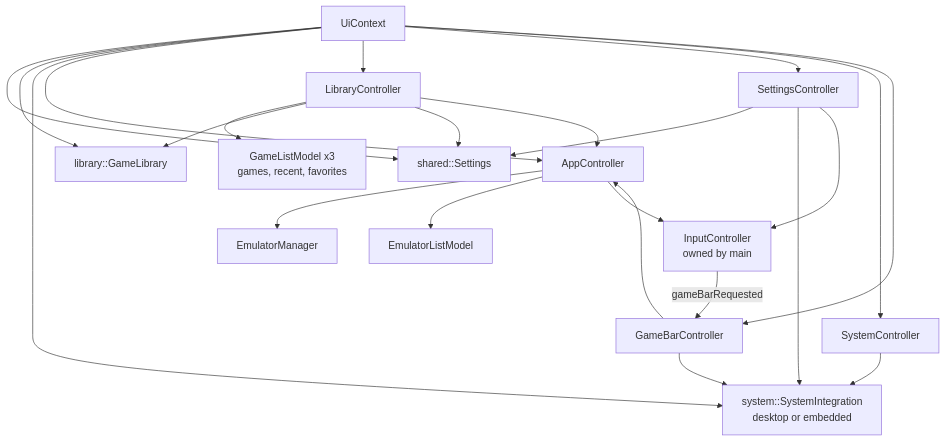
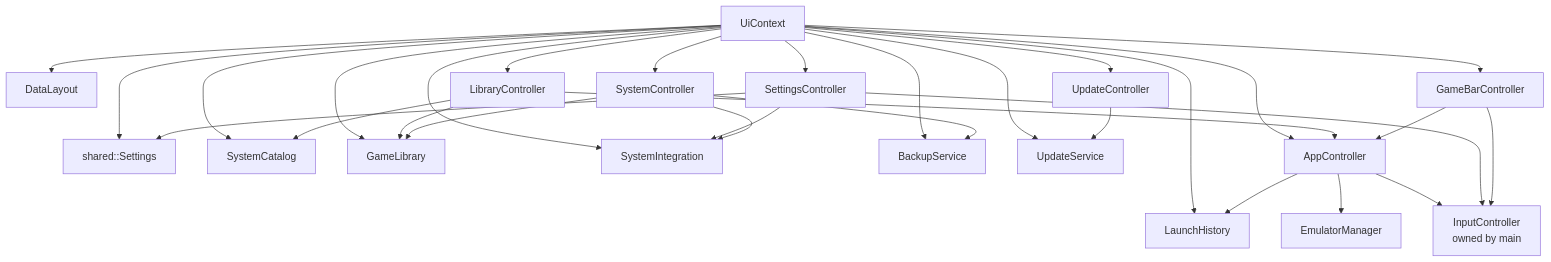
The third of 3 diagrams in docs/architecture.md (szebasztianmarton/Nexora-OS), drawn with Mermaid before and after one commit. The commit also changed other lines of this file and 21 other files, not shown here.

````diff
--- a/docs/architecture.md
+++ b/docs/architecture.md
@@ -71,26 +129,33 @@
 ```mermaid
 graph TD
     ctx[UiContext]
+    ctx --> layout[DataLayout]
     ctx --> settings[shared::Settings]
-    ctx --> glib[library::GameLibrary]
-    ctx --> sysint[system::SystemIntegration<br/>desktop or embedded]
+    ctx --> catalog[SystemCatalog]
+    ctx --> glib[GameLibrary]
+    ctx --> sysint[SystemIntegration]
+    ctx --> hist[LaunchHistory]
+    ctx --> backup[BackupService]
+    ctx --> us[UpdateService]
     ctx --> ac[AppController]
     ctx --> lc[LibraryController]
     ctx --> sc[SettingsController]
     ctx --> syc[SystemController]
     ctx --> gbc[GameBarController]
-    gbc --> ac
-    gbc --> sysint
-    ic -- gameBarRequested --> gbc
+    ctx --> uc[UpdateController]
     ac --> em[EmulatorManager]
-    ac --> elm[EmulatorListModel]
-    lc --> glm[GameListModel x3<br/>games, recent, favorites]
+    ac --> hist
+    ac --> ic[InputController<br/>owned by main]
     lc --> glib
-    lc --> settings
+    lc --> catalog
     lc --> ac
     sc --> settings
     sc --> sysint
-    sc --> ic[InputController<br/>owned by main]
-    ac --> ic
+    sc --> ic
     syc --> sysint
+    syc --> backup
+    syc --> glib
+    gbc --> ac
+    gbc --> ic
+    uc --> us
 ```
````
